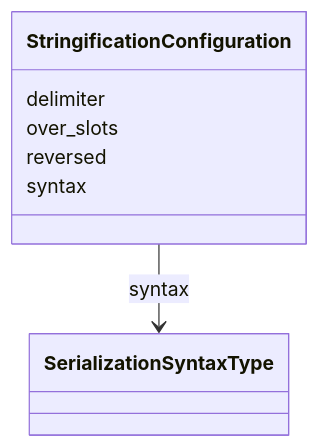
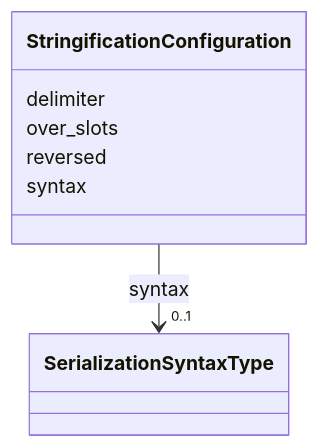
Before and after one commit to linkml/linkml-map: the diagram in docs/schema/StringificationConfiguration.md, drawn with Mermaid. The commit also changed other lines of this file and 155 other files, not shown here.

First line of the commit message:
Regenerate schema docs

````diff
--- a/docs/schema/StringificationConfiguration.md
+++ b/docs/schema/StringificationConfiguration.md
@@ -12,15 +18,23 @@
 ```mermaid
  classDiagram
     class StringificationConfiguration
+    click StringificationConfiguration href "../StringificationConfiguration/"
       StringificationConfiguration : delimiter
+        
+      StringificationConfiguration : over_slots
+        
+      StringificationConfiguration : reversed
+        
+      StringificationConfiguration : syntax
+        
+          
+    
+        
+        
+        StringificationConfiguration --> "0..1" SerializationSyntaxType : syntax
+        click SerializationSyntaxType href "../SerializationSyntaxType/"
+    
 
-      StringificationConfiguration : over_slots
-
-      StringificationConfiguration : reversed
-
-      StringificationConfiguration : syntax
-
-          StringificationConfiguration --> SerializationSyntaxType : syntax
-
-
+        
+      
 ```
````
